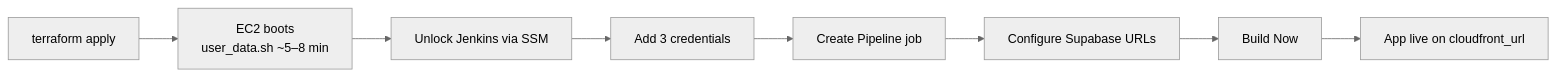
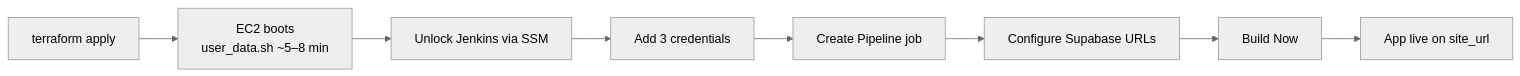
Before and after one commit to DavidBatoDev/ss-to-code: the seventh of 8 diagrams in README.md, drawn with Mermaid (neutral theme). The commit also changed other lines of this file and 5 other files, not shown here.

````diff
--- a/README.md
+++ b/README.md
@@ -530,10 +531,10 @@
 ```mermaid
 flowchart LR
   A[terraform apply] --> B[EC2 boots<br/>user_data.sh ~5–8 min]
   B --> C[Unlock Jenkins via SSM]
   C --> D[Add 3 credentials]
   D --> E[Create Pipeline job]
   E --> F[Configure Supabase URLs]
   F --> G[Build Now]
-  G --> H[App live on cloudfront_url]
+  G --> H[App live on site_url]
 ```
````
